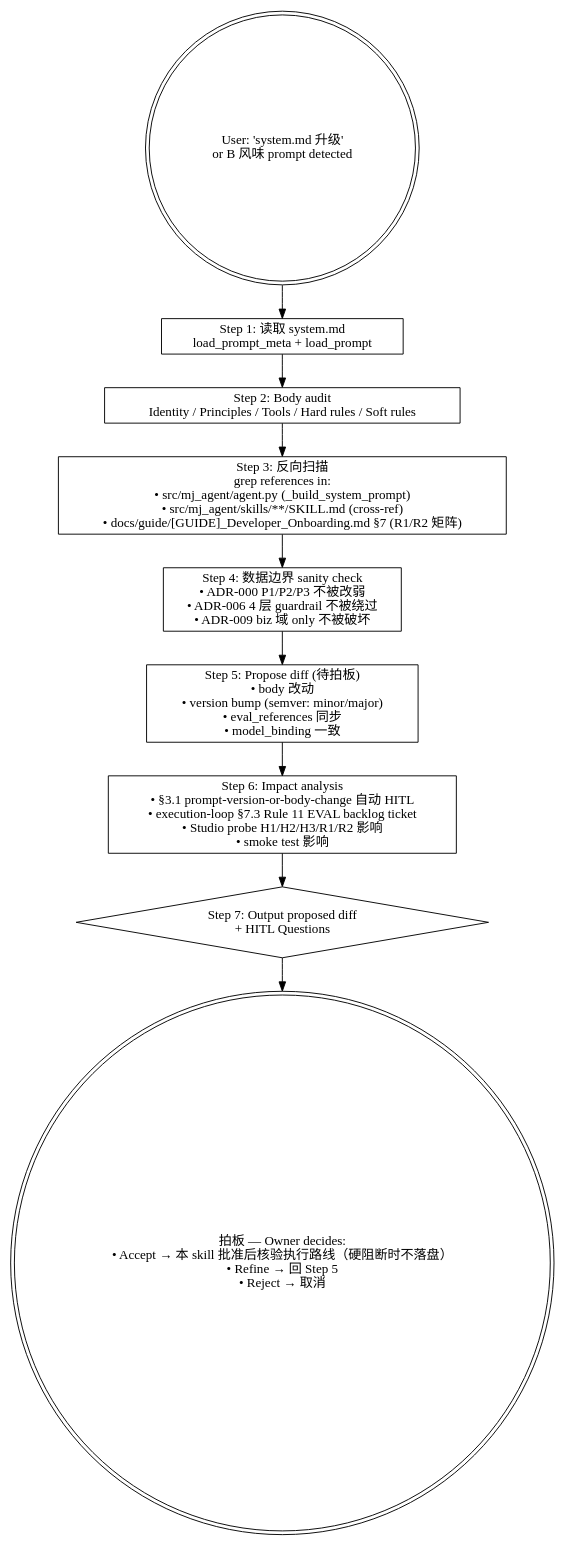
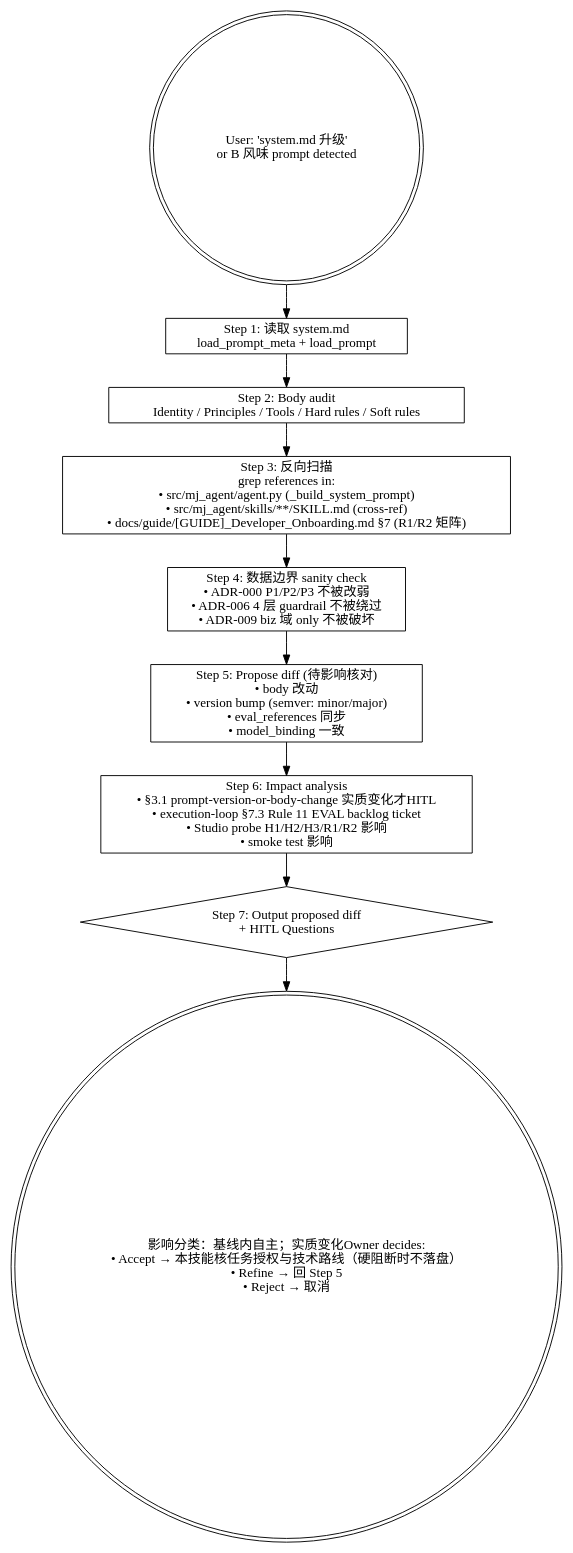
The diagram in .agents/skills/mj-agent-runtime-prompt-version-bump/SKILL.md (MJ-AgentLab/mj-agent), drawn with Graphviz before and after one commit. The commit also changed other lines of this file and 134 other files, not shown here.

````diff
--- a/.agents/skills/mj-agent-runtime-prompt-version-bump/SKILL.md
+++ b/.agents/skills/mj-agent-runtime-prompt-version-bump/SKILL.md
@@ -56,24 +57,24 @@
 ```dot
 digraph bump {
   rankdir=TB;
   start [label="User: 'system.md 升级'\nor B 风味 prompt detected" shape=doublecircle];
 
   s1 [label="Step 1: 读取 system.md\nload_prompt_meta + load_prompt" shape=box];
 
   s2 [label="Step 2: Body audit\nIdentity / Principles / Tools / Hard rules / Soft rules" shape=box];
 
   s3 [label="Step 3: 反向扫描\ngrep references in:\n• src/mj_agent/agent.py (_build_system_prompt)\n• src/mj_agent/skills/**/SKILL.md (cross-ref)\n• docs/guide/[GUIDE]_Developer_Onboarding.md §7 (R1/R2 矩阵)" shape=box];
 
   s4 [label="Step 4: 数据边界 sanity check\n• ADR-000 P1/P2/P3 不被改弱\n• ADR-006 4 层 guardrail 不被绕过\n• ADR-009 biz 域 only 不被破坏" shape=box];
 
-  s5 [label="Step 5: Propose diff (待拍板)\n• body 改动\n• version bump (semver: minor/major)\n• eval_references 同步\n• model_binding 一致" shape=box];
+  s5 [label="Step 5: Propose diff (待影响核对)\n• body 改动\n• version bump (semver: minor/major)\n• eval_references 同步\n• model_binding 一致" shape=box];
 
-  s6 [label="Step 6: Impact analysis\n• §3.1 prompt-version-or-body-change 自动 HITL\n• execution-loop §7.3 Rule 11 EVAL backlog ticket\n• Studio probe H1/H2/H3/R1/R2 影响\n• smoke test 影响" shape=box];
+  s6 [label="Step 6: Impact analysis\n• §3.1 prompt-version-or-body-change 实质变化才HITL\n• execution-loop §7.3 Rule 11 EVAL backlog ticket\n• Studio probe H1/H2/H3/R1/R2 影响\n• smoke test 影响" shape=box];
 
   s7 [label="Step 7: Output proposed diff\n+ HITL Questions" shape=diamond];
 
-  hitl [label="拍板 — Owner decides:\n• Accept → 本 skill 批准后核验执行路线（硬阻断时不落盘）\n• Refine → 回 Step 5\n• Reject → 取消" shape=doublecircle];
+  hitl [label="影响分类：基线内自主；实质变化Owner decides:\n• Accept → 本技能核任务授权与技术路线（硬阻断时不落盘）\n• Refine → 回 Step 5\n• Reject → 取消" shape=doublecircle];
 
   start -> s1 -> s2 -> s3 -> s4 -> s5 -> s6 -> s7 -> hitl;
 }
 ```
````
